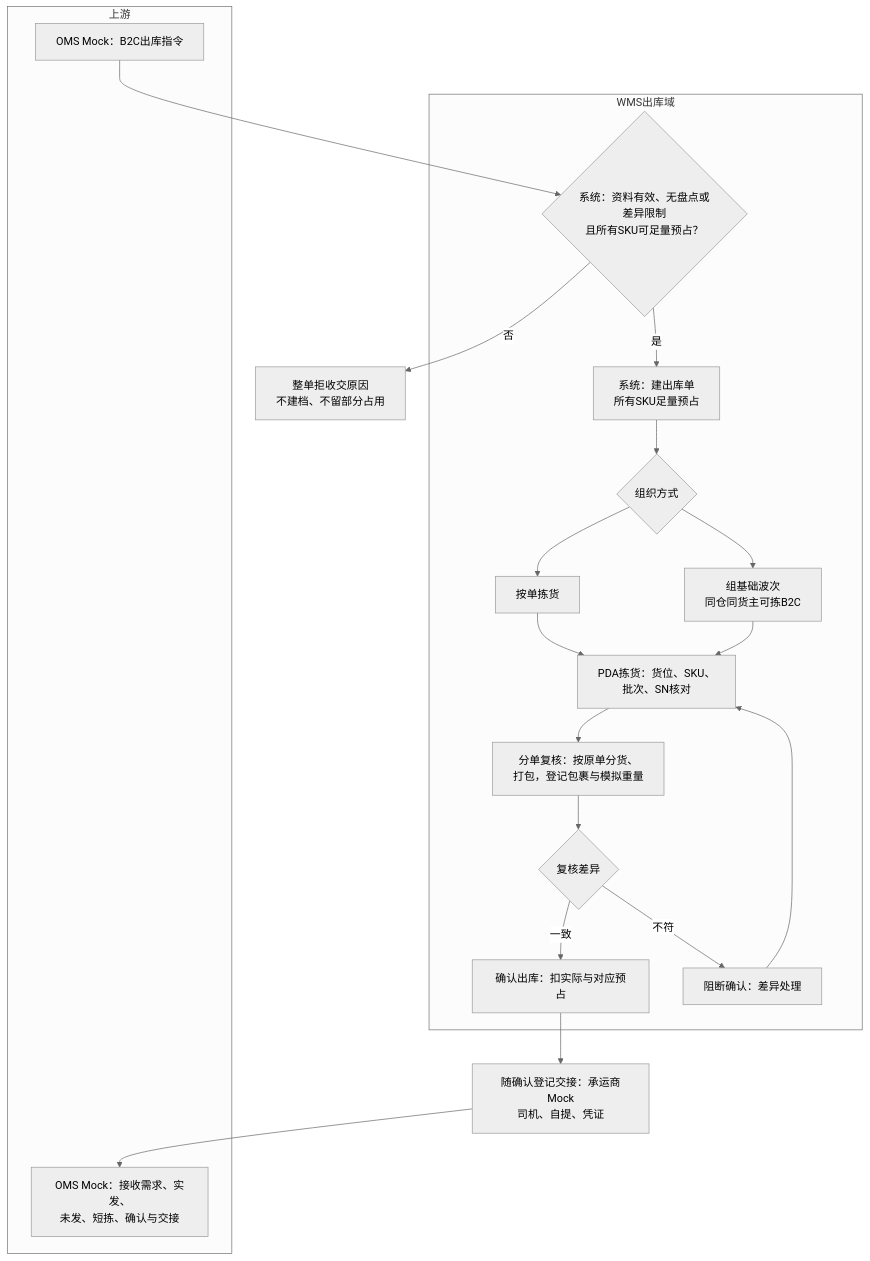
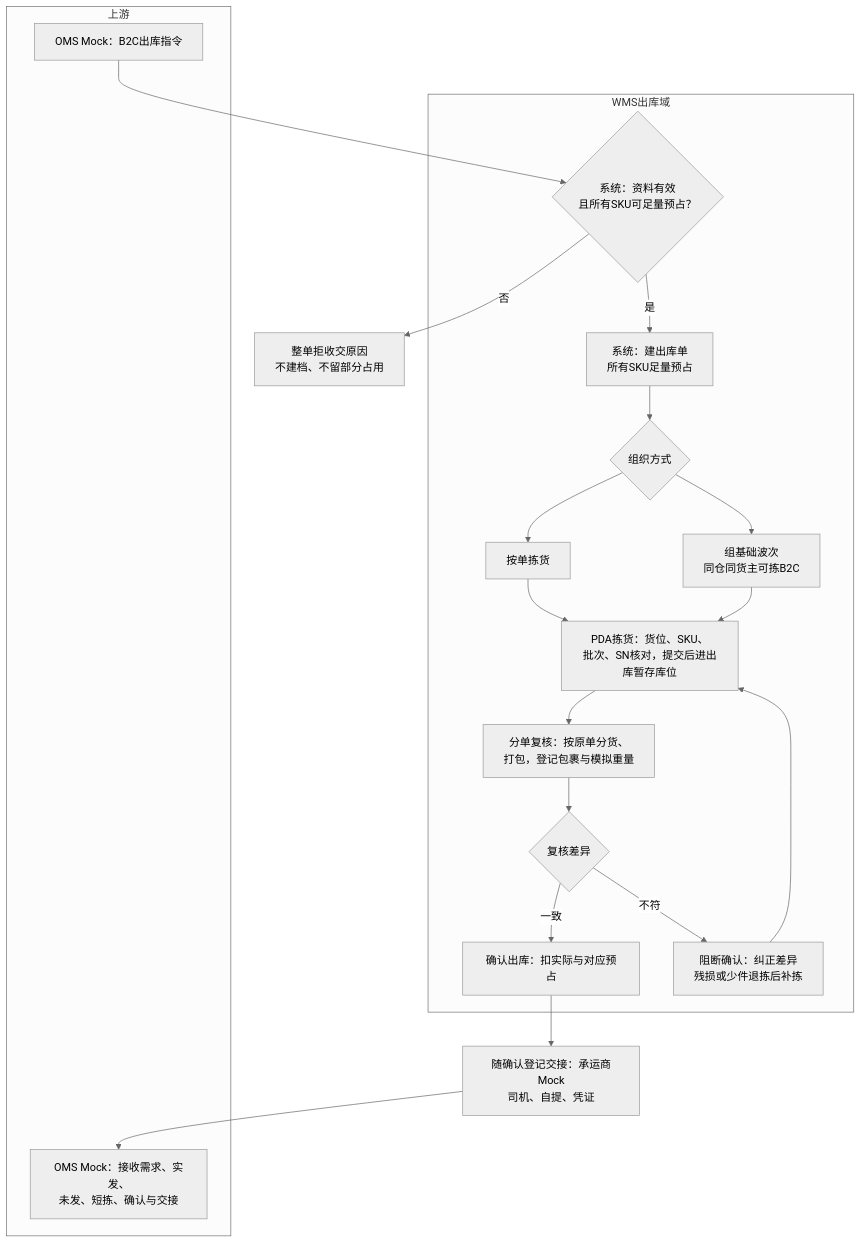
Before and after one commit to TopVitamin/QS-WMS-Project: the third of 6 diagrams in 05-应用设计方案/20261002-MVP版本/系统架构设计/01-系统流程与单据交互.md, drawn with Mermaid (neutral theme). The commit also changed other lines of this file and 174 other files, not shown here.

````diff
--- a/05-应用设计方案/20261002-MVP版本/系统架构设计/01-系统流程与单据交互.md
+++ b/05-应用设计方案/20261002-MVP版本/系统架构设计/01-系统流程与单据交互.md
@@ -161,32 +162,32 @@
 ```mermaid
 flowchart TB
     subgraph 上游
         M1[OMS Mock：B2C出库指令]
         M2[OMS Mock：接收需求、实发、<br/>未发、短拣、确认与交接]
     end
     subgraph WMS出库域
-        E0{系统：资料有效、无盘点或差异限制<br/>且所有SKU可足量预占？}
+        E0{系统：资料有效<br/>且所有SKU可足量预占？}
         E1[系统：建出库单<br/>所有SKU足量预占]
         W1{组织方式}
         W2[按单拣货]
         W3[组基础波次<br/>同仓同货主可拣B2C]
-        P1[PDA拣货：货位、SKU、<br/>批次、SN核对]
+        P1[PDA拣货：货位、SKU、<br/>批次、SN核对，提交后进出库暂存库位]
         S1[分单复核：按原单分货、<br/>打包，登记包裹与模拟重量]
         C1{复核差异}
         C2[确认出库：扣实际与对应预占]
-        C3[阻断确认：差异处理]
+        C3[阻断确认：纠正差异<br/>残损或少件退拣后补拣]
     end
     M1 --> E0
     E0 -->|是| E1
     E0 -->|否| X[整单拒收交原因<br/>不建档、不留部分占用]
     E1 --> W1
     W1 --> W2 --> P1
     W1 --> W3 --> P1
     P1 --> S1
     S1 --> C1
     C1 -->|一致| C2
     C1 -->|不符| C3
     C2 --> D1[随确认登记交接：承运商Mock<br/>司机、自提、凭证]
     D1 --> M2
     C3 --> P1
 ```
````
